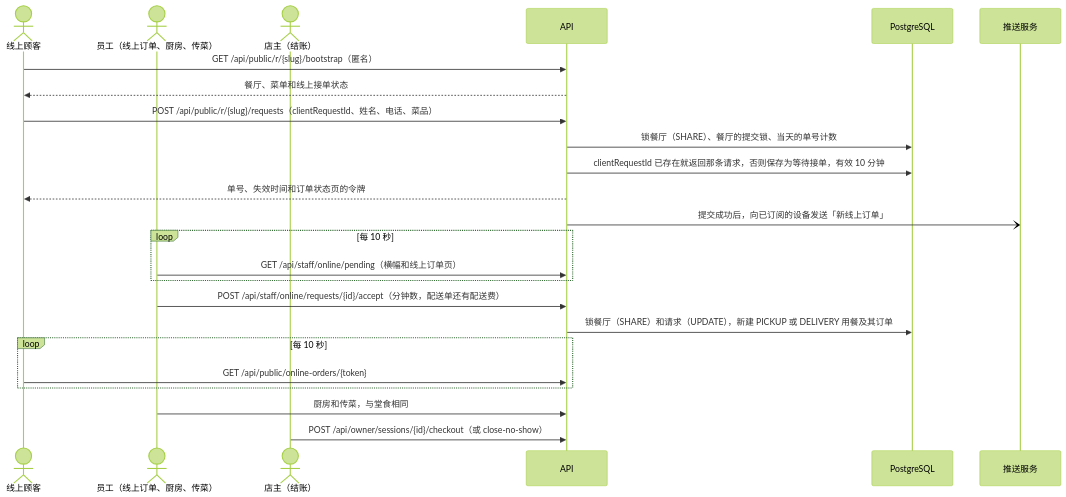
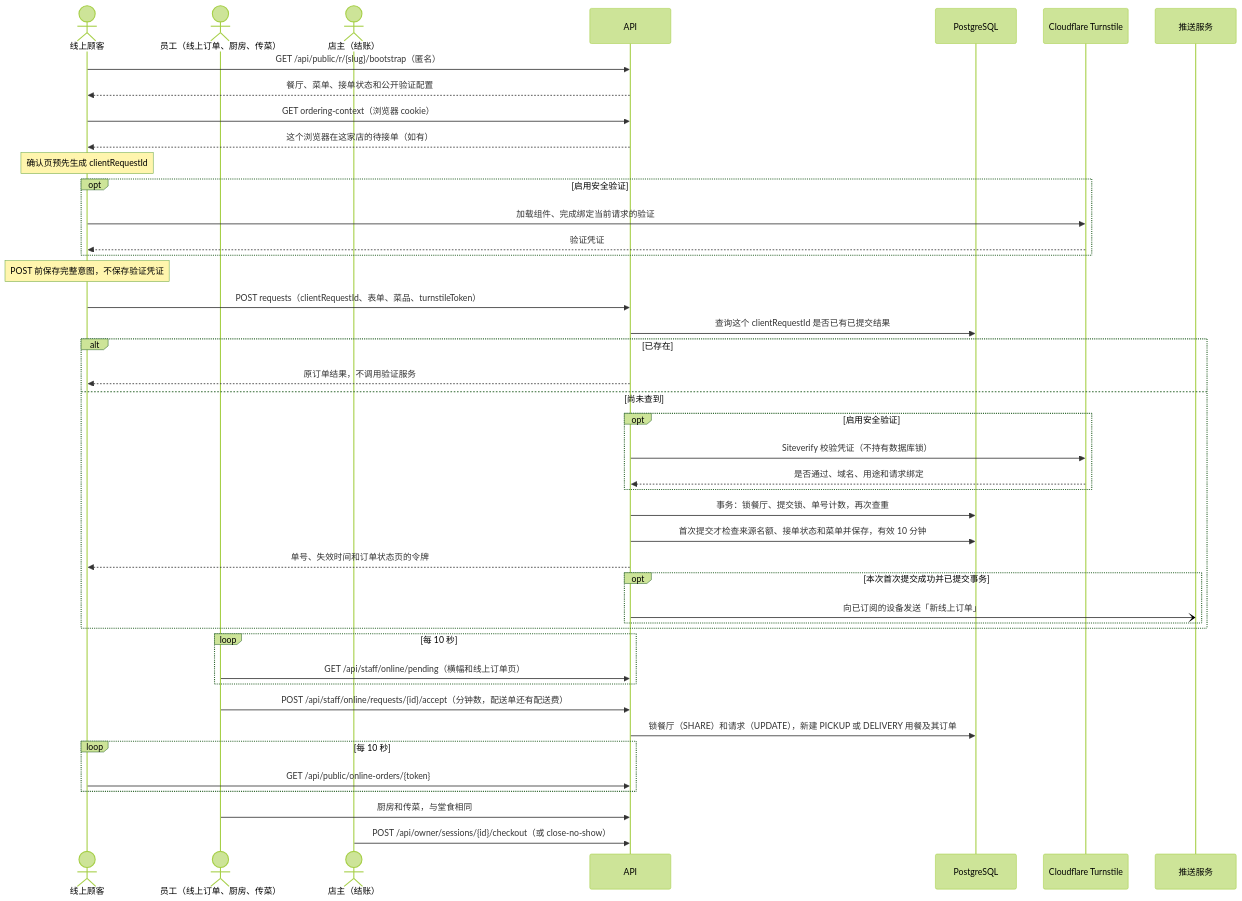
Before and after one commit to lorenzoyang/TavoloFlow: the fourth of 5 diagrams in docs/zh-CN/development-notes.md, drawn with Mermaid (forest theme). The commit also changed other lines of this file and 8 other files, not shown here.

````diff
--- a/docs/zh-CN/development-notes.md
+++ b/docs/zh-CN/development-notes.md
@@ -395,27 +395,47 @@
 ```mermaid
 sequenceDiagram
   actor C as 线上顾客
   actor S as 员工（线上订单、厨房、传菜）
   actor T as 店主（结账）
   participant A as API
   participant D as PostgreSQL
+  participant V as Cloudflare Turnstile
   participant P as 推送服务
 
   C->>A: GET /api/public/r/{slug}/bootstrap（匿名）
-  A-->>C: 餐厅、菜单和线上接单状态
-  C->>A: POST /api/public/r/{slug}/requests（clientRequestId、姓名、电话、菜品）
-  A->>D: 锁餐厅（SHARE）、餐厅的提交锁、当天的单号计数
-  A->>D: clientRequestId 已存在就返回那条请求，否则保存为等待接单，有效 10 分钟
-  A-->>C: 单号、失效时间和订单状态页的令牌
-  A-)P: 提交成功后，向已订阅的设备发送「新线上订单」
+  A-->>C: 餐厅、菜单、接单状态和公开验证配置
+  C->>A: GET ordering-context（浏览器 cookie）
+  A-->>C: 这个浏览器在这家店的待接单（如有）
+  Note over C: 确认页预先生成 clientRequestId
+  opt 启用安全验证
+    C->>V: 加载组件、完成绑定当前请求的验证
+    V-->>C: 验证凭证
+  end
+  Note over C: POST 前保存完整意图，不保存验证凭证
+  C->>A: POST requests（clientRequestId、表单、菜品、turnstileToken）
+  A->>D: 查询这个 clientRequestId 是否已有已提交结果
+  alt 已存在
+    A-->>C: 原订单结果，不调用验证服务
+  else 尚未查到
+    opt 启用安全验证
+      A->>V: Siteverify 校验凭证（不持有数据库锁）
+      V-->>A: 是否通过、域名、用途和请求绑定
+    end
+    A->>D: 事务：锁餐厅、提交锁、单号计数，再次查重
+    A->>D: 首次提交才检查来源名额、接单状态和菜单并保存，有效 10 分钟
+    A-->>C: 单号、失效时间和订单状态页的令牌
+    opt 本次首次提交成功并已提交事务
+      A-)P: 向已订阅的设备发送「新线上订单」
+    end
+  end
   loop 每 10 秒
     S->>A: GET /api/staff/online/pending（横幅和线上订单页）
   end
   S->>A: POST /api/staff/online/requests/{id}/accept（分钟数，配送单还有配送费）
   A->>D: 锁餐厅（SHARE）和请求（UPDATE），新建 PICKUP 或 DELIVERY 用餐及其订单
   loop 每 10 秒
     C->>A: GET /api/public/online-orders/{token}
   end
   S->>A: 厨房和传菜，与堂食相同
   T->>A: POST /api/owner/sessions/{id}/checkout（或 close-no-show）
 ```
````
